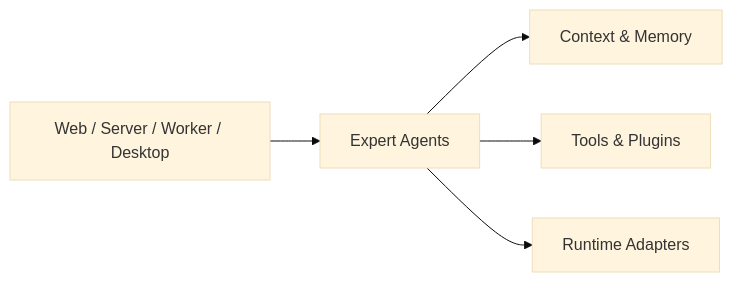
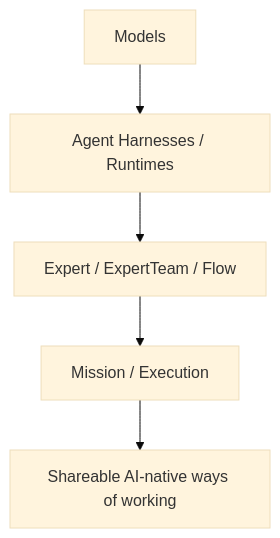
Before and after one commit to pqpo/pragma: the diagram in README.md, drawn with Mermaid (base theme). The commit also changed other lines of this file and 3 other files, not shown here.

````diff
--- a/README.md
+++ b/README.md
@@ -44,13 +65,13 @@
 ```mermaid
-flowchart LR
-  expert["Expert Agents"]
-  context["Context & Memory"]
-  tools["Tools & Plugins"]
-  runtime["Runtime Adapters"]
-  apps["Web / Server / Worker / Desktop"]
+flowchart TD
+  models["Models"]
+  harnesses["Agent Harnesses / Runtimes"]
+  methods["Expert / ExpertTeam / Flow"]
+  missions["Mission / Execution"]
+  shared["Shareable AI-native ways of working"]
 
-  apps --> expert
-  expert --> context
-  expert --> tools
-  expert --> runtime
+  models --> harnesses
+  harnesses --> methods
+  methods --> missions
+  missions --> shared
 ```
````
